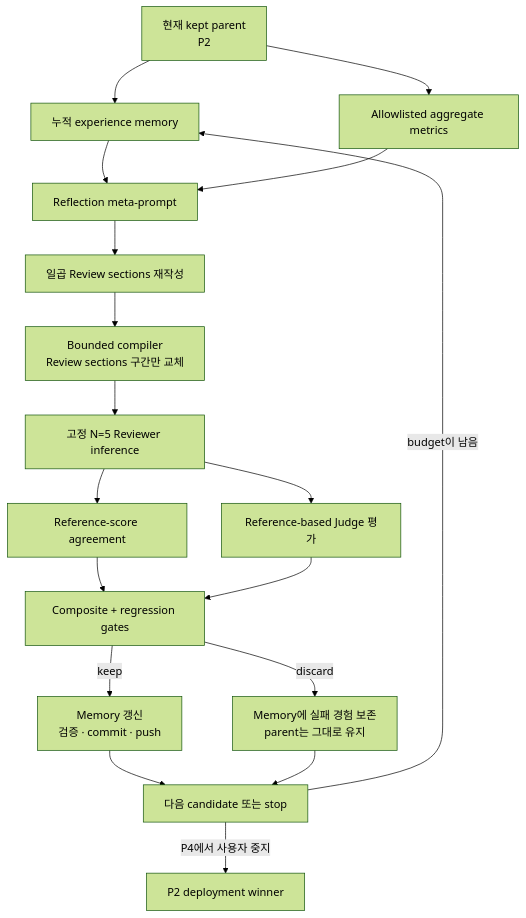
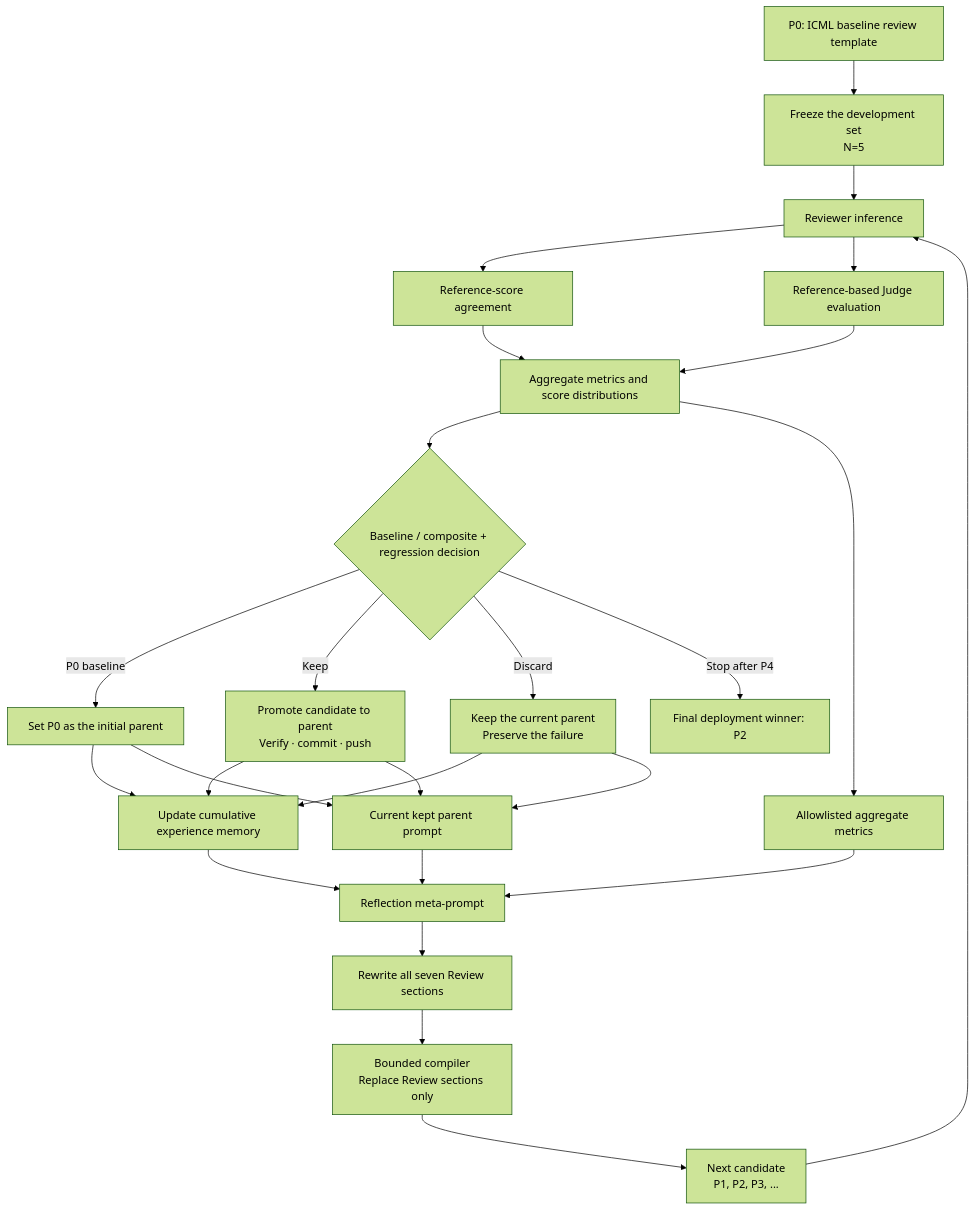
The diagram in docs/2026-07-12-review-prompt-optimization-loop.md (baeseongsu/ralphthon-icml), drawn with Mermaid (forest theme) before and after one commit.

Commit message:
docs(review-prompt): start loop diagram from P0

````diff
--- a/docs/2026-07-12-review-prompt-optimization-loop.md
+++ b/docs/2026-07-12-review-prompt-optimization-loop.md
@@ -22,20 +22,32 @@
 ```mermaid
 flowchart TD
-    A["현재 kept parent<br/>P2"] --> B["누적 experience memory"]
-    A --> C["Allowlisted aggregate metrics"]
-    B --> D["Reflection meta-prompt"]
-    C --> D
-    D --> E["일곱 Review sections 재작성"]
-    E --> F["Bounded compiler<br/>Review sections 구간만 교체"]
-    F --> G["고정 N=5 Reviewer inference"]
-    G --> H["Reference-score agreement"]
-    G --> I["Reference-based Judge 평가"]
-    H --> J["Composite + regression gates"]
-    I --> J
-    J -->|"keep"| K["Memory 갱신<br/>검증 · commit · push"]
-    J -->|"discard"| L["Memory에 실패 경험 보존<br/>parent는 그대로 유지"]
-    K --> M["다음 candidate 또는 stop"]
-    L --> M
-    M -->|"budget이 남음"| B
-    M -->|"P4에서 사용자 중지"| N["P2 deployment winner"]
+    A["P0: ICML baseline review template"] --> B["Freeze the development set<br/>N=5"]
+    B --> C["Reviewer inference"]
+    C --> D["Reference-score agreement"]
+    C --> E["Reference-based Judge evaluation"]
+    D --> F["Aggregate metrics and score distributions"]
+    E --> F
+    F --> G{"Baseline / composite + regression decision"}
+
+    G -->|"P0 baseline"| H["Set P0 as the initial parent"]
+    G -->|"Keep"| I["Promote candidate to parent<br/>Verify · commit · push"]
+    G -->|"Discard"| J["Keep the current parent<br/>Preserve the failure"]
+
+    H --> K["Update cumulative experience memory"]
+    I --> K
+    J --> K
+    F --> L["Allowlisted aggregate metrics"]
+    H --> M["Current kept parent prompt"]
+    I --> M
+    J --> M
+
+    K --> N["Reflection meta-prompt"]
+    L --> N
+    M --> N
+    N --> O["Rewrite all seven Review sections"]
+    O --> P["Bounded compiler<br/>Replace Review sections only"]
+    P --> Q["Next candidate<br/>P1, P2, P3, ..."]
+    Q --> C
+
+    G -->|"Stop after P4"| R["Final deployment winner: P2"]
 ```
````
